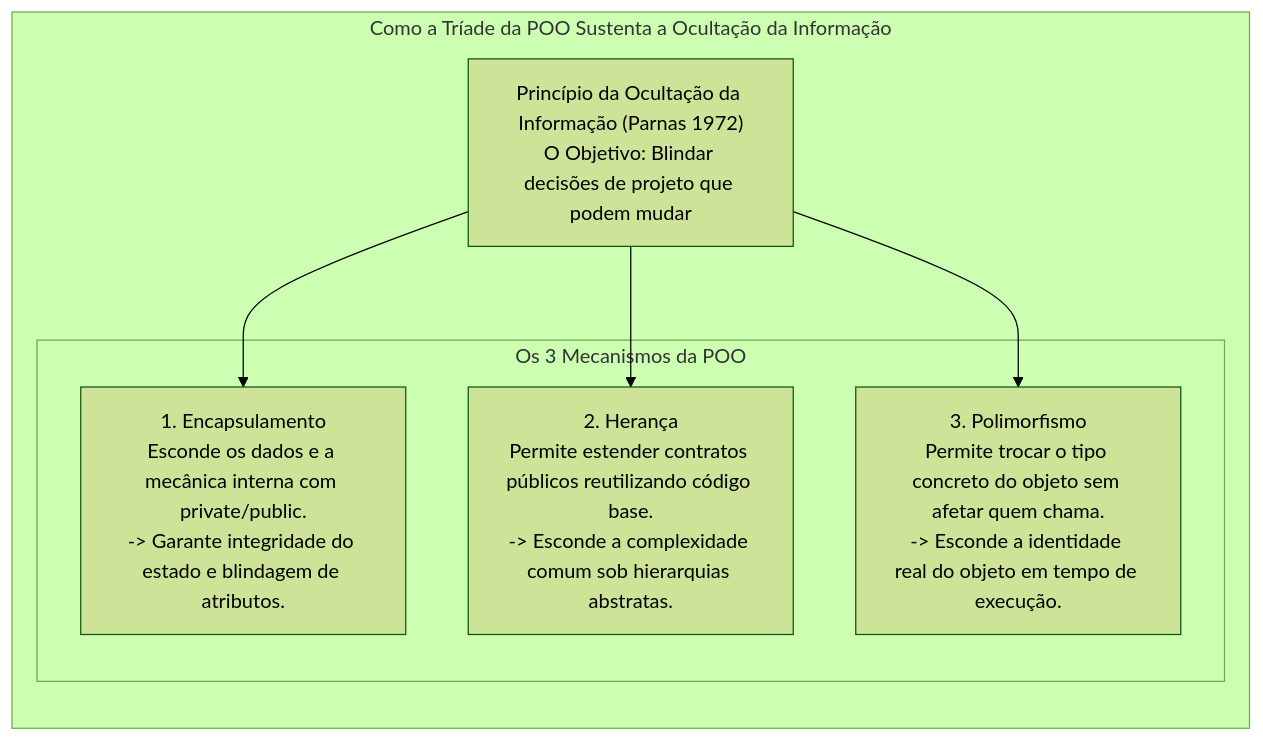
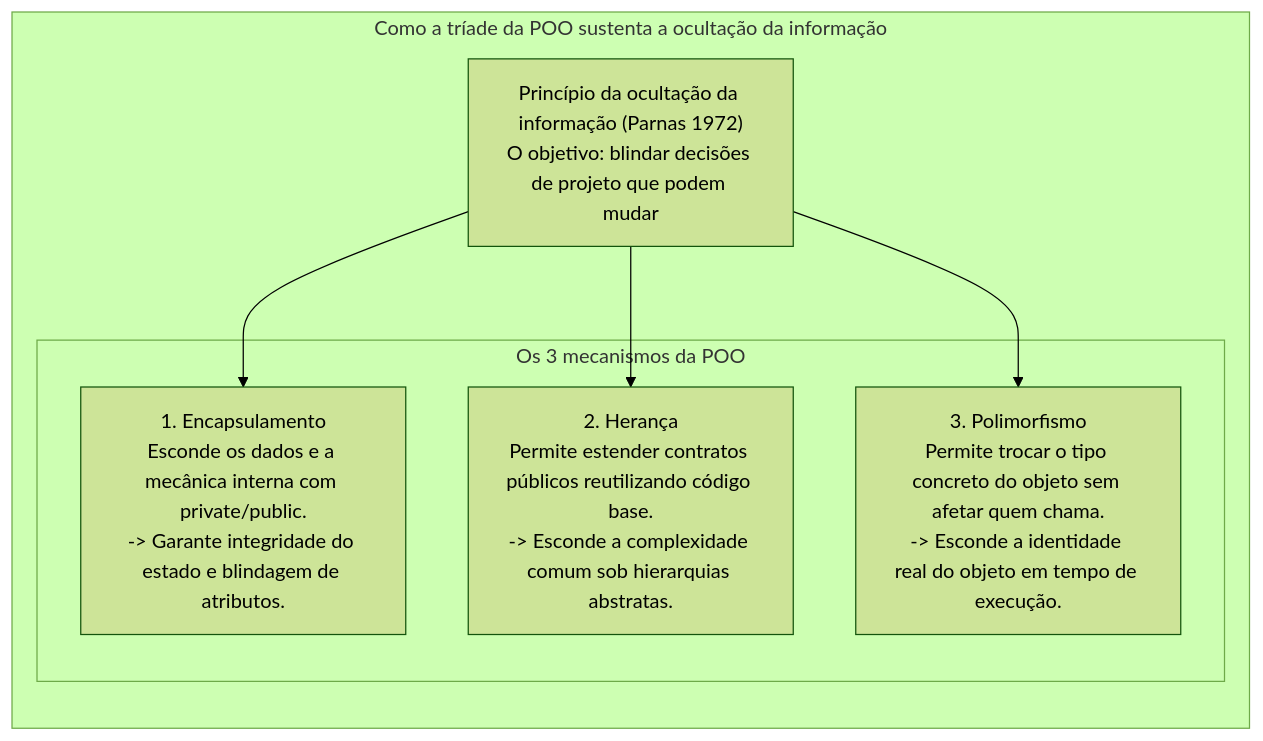
One commit to leorruas/puc changed the second of 4 diagrams in 01. Programacao Modular/11. Princípio da ocultação da informação (information hiding e encapsulamento).md. Above: the diagram before and after it, drawn with Mermaid (forest theme). The commit also changed other lines of this file, not shown here.

Commit message:
fix(pm): varredura e saneamento exaustivo de sentence case em 100% do artigo 11 (rotulos, diagramas mermaid, tabelas e comentarios de codigo)

````diff
--- a/01. Programacao Modular/11. Princípio da ocultação da informação (information hiding e encapsulamento).md
+++ b/01. Programacao Modular/11. Princípio da ocultação da informação (information hiding e encapsulamento).md
@@ -87,17 +87,17 @@
 ```mermaid
 flowchart TD
-    subgraph PilaresOcultacao ["Como a Tríade da POO Sustenta a Ocultação da Informação"]
+    subgraph PilaresOcultacao ["Como a tríade da POO sustenta a ocultação da informação"]
         direction TB
-        IH["Princípio da Ocultação da Informação (Parnas 1972)<br>O Objetivo: Blindar decisões de projeto que podem mudar"]
+        IH["Princípio da ocultação da informação (Parnas 1972)<br>O objetivo: blindar decisões de projeto que podem mudar"]
 
-        subgraph MecanismosPOO ["Os 3 Mecanismos da POO"]
+        subgraph MecanismosPOO ["Os 3 mecanismos da POO"]
             ENC["1. Encapsulamento<br>Esconde os dados e a mecânica interna com private/public.<br>-> Garante integridade do estado e blindagem de atributos."]
             HER["2. Herança<br>Permite estender contratos públicos reutilizando código base.<br>-> Esconde a complexidade comum sob hierarquias abstratas."]
             POL["3. Polimorfismo<br>Permite trocar o tipo concreto do objeto sem afetar quem chama.<br>-> Esconde a identidade real do objeto em tempo de execução."]
         end
 
         IH --> ENC
         IH --> HER
         IH --> POL
     end
 ```
````
